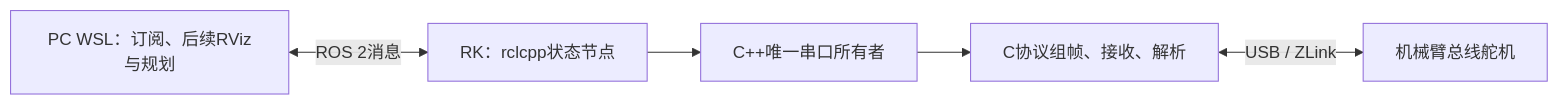
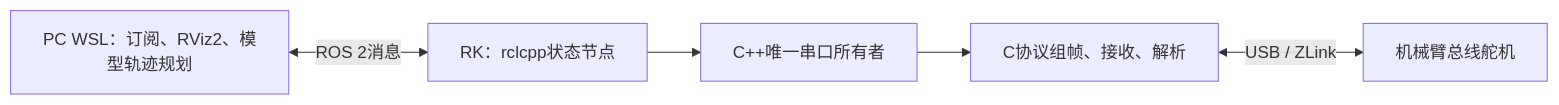
One commit to fanxucheng74-ux/Jixiebi changed the diagram in README.md. Above: the diagram before and after it, drawn with Mermaid. The commit also changed other lines of this file and 85 other files, not shown here.

````diff
--- a/README.md
+++ b/README.md
@@ -5,7 +5,7 @@
 ```mermaid
 flowchart LR
-  PC[PC WSL：订阅、后续RViz与规划] <-->|ROS 2消息| RK[RK：rclcpp状态节点]
+  PC[PC WSL：订阅、RViz2、模型轨迹规划] <-->|ROS 2消息| RK[RK：rclcpp状态节点]
   RK --> CPP[C++唯一串口所有者]
   CPP --> C[C协议组帧、接收、解析]
   C <-->|USB / ZLink| ARM[机械臂总线舵机]
 ```
````
